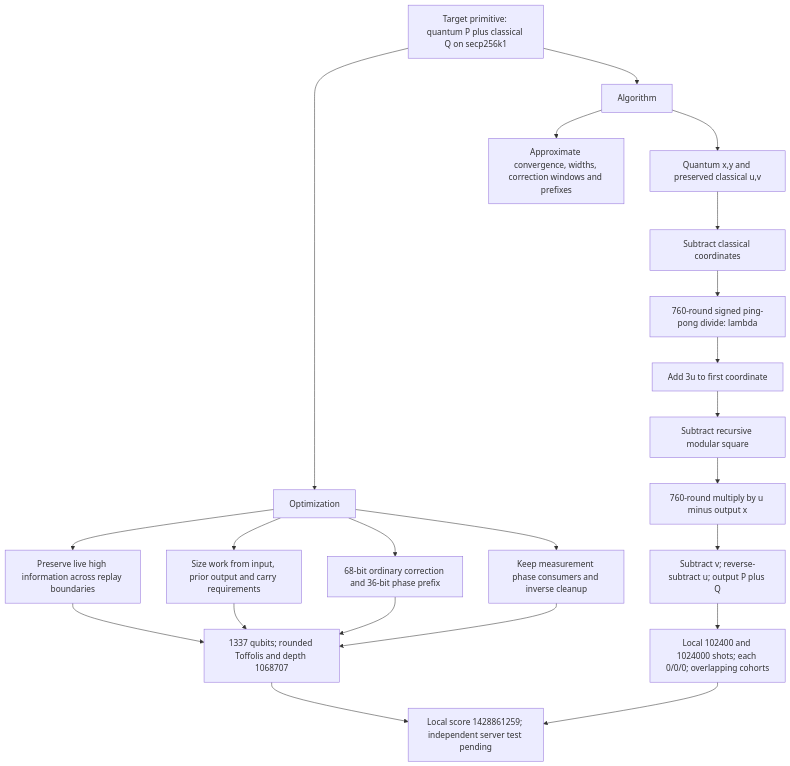
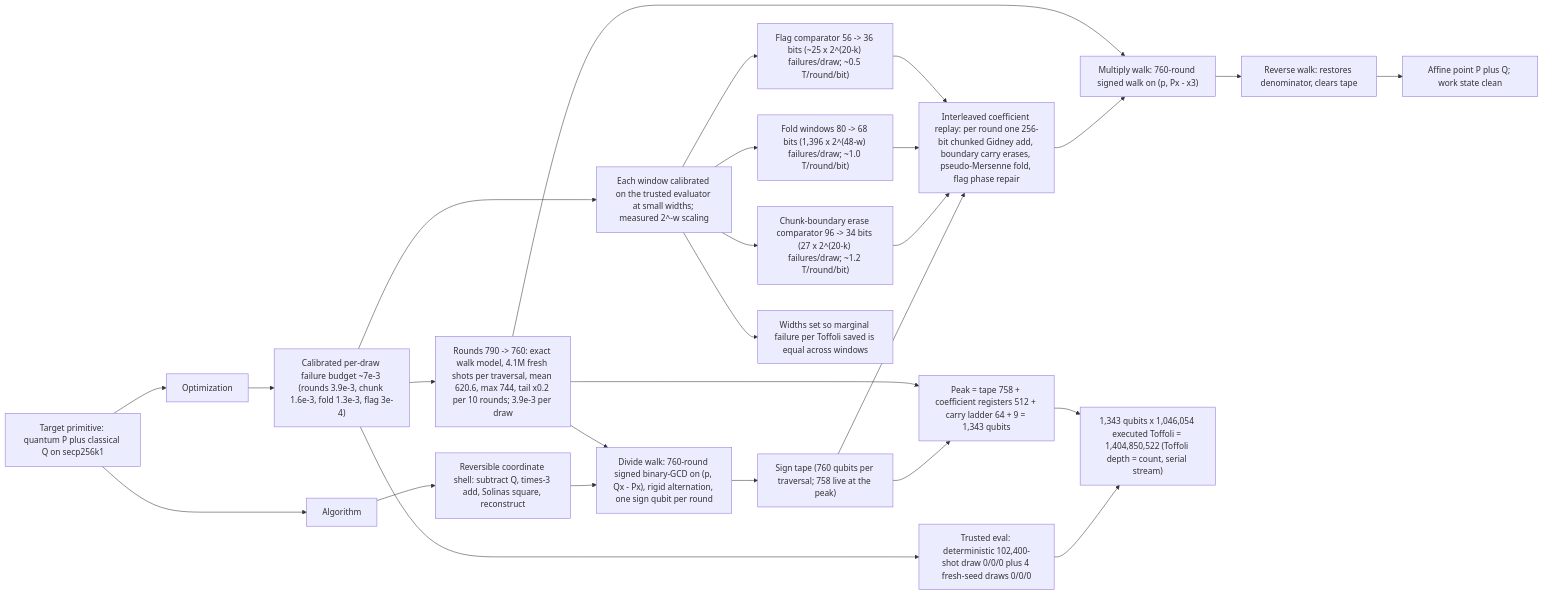
One commit to ecdlp-contest/ecdlp-point-add changed the diagram in src/point_add/architecture.mmd. Above: the diagram before and after it, drawn with Mermaid. The commit also changed 38 other files, not shown here.

Commit message:
Accept point-add-secp256k1-v1 submission sub_mty2u6cv_j0cg6v

```diff
--- a/src/point_add/architecture.mmd
+++ b/src/point_add/architecture.mmd
@@ -1,25 +1,48 @@
-flowchart TD
-  Target["Target primitive: quantum P plus classical Q on secp256k1"]
-  Algorithm["Algorithm"]
-  Optimization["Optimization"]
-  Target --> Algorithm
-  Target --> Optimization
-  Algorithm --> Input["Quantum x,y and preserved classical u,v"]
-  Input --> Difference["Subtract classical coordinates"]
-  Difference --> Divide["760-round signed ping-pong divide: lambda"]
-  Divide --> Shift["Add 3u to first coordinate"]
-  Shift --> Square["Subtract recursive modular square"]
-  Square --> Multiply["760-round multiply by u minus output x"]
-  Multiply --> Output["Subtract v; reverse-subtract u; output P plus Q"]
-  Optimization --> High["Preserve live high information across replay boundaries"]
-  Optimization --> Width["Size work from input, prior output and carry requirements"]
-  Optimization --> Fold["68-bit ordinary correction and 36-bit phase prefix"]
-  Optimization --> Phase["Keep measurement phase consumers and inverse cleanup"]
-  High --> Metrics["1337 qubits; rounded Toffolis and depth 1068707"]
-  Width --> Metrics
-  Fold --> Metrics
-  Phase --> Metrics
-  Output --> Validation["Local 102400 and 1024000 shots; each 0/0/0; overlapping cohorts"]
-  Metrics --> Score["Local score 1428861259; independent server test pending"]
-  Validation --> Score
-  Algorithm --> Limits["Approximate convergence, widths, correction windows and prefixes"]
+flowchart LR
+    ROOT["Target primitive: quantum P plus classical Q on secp256k1"]
+    ALG["Algorithm"]
+    OPT["Optimization"]
+    SHELL["Reversible coordinate shell: subtract Q, times-3 add, Solinas square, reconstruct"]
+    DWALK["Divide walk: 760-round signed binary-GCD on (p, Qx - Px), rigid alternation, one sign qubit per round"]
+    MWALK["Multiply walk: 760-round signed walk on (p, Px - x3)"]
+    TAPE["Sign tape (760 qubits per traversal; 758 live at the peak)"]
+    REPLAY["Interleaved coefficient replay: per round one 256-bit chunked Gidney add, boundary carry erases, pseudo-Mersenne fold, flag phase repair"]
+    WBACK["Reverse walk: restores denominator, clears tape"]
+    OUT["Affine point P plus Q; work state clean"]
+    PEAKQ["Peak = tape 758 + coefficient registers 512 + carry ladder 64 + 9 = 1,343 qubits"]
+    BUDGET["Calibrated per-draw failure budget ~7e-3 (rounds 3.9e-3, chunk 1.6e-3, fold 1.3e-3, flag 3e-4)"]
+    CAL["Each window calibrated on the trusted evaluator at small widths; measured 2^-w scaling"]
+    K1["Chunk-boundary erase comparator 96 -> 34 bits (27 x 2^(20-k) failures/draw; ~1.2 T/round/bit)"]
+    K2["Fold windows 80 -> 68 bits (1,396 x 2^(48-w) failures/draw; ~1.0 T/round/bit)"]
+    K3["Flag comparator 56 -> 36 bits (~25 x 2^(20-k) failures/draw; ~0.5 T/round/bit)"]
+    ROUNDS["Rounds 790 -> 760: exact walk model, 4.1M fresh shots per traversal, mean 620.6, max 744, tail x0.2 per 10 rounds; 3.9e-3 per draw"]
+    ALLOC["Widths set so marginal failure per Toffoli saved is equal across windows"]
+    EVAL["Trusted eval: deterministic 102,400-shot draw 0/0/0 plus 4 fresh-seed draws 0/0/0"]
+    METRICS["1,343 qubits x 1,046,054 executed Toffoli = 1,404,850,522 (Toffoli depth = count, serial stream)"]
+
+    ROOT --> ALG
+    ROOT --> OPT
+    ALG --> SHELL
+    SHELL --> DWALK
+    DWALK --> TAPE
+    TAPE --> REPLAY
+    REPLAY --> MWALK
+    MWALK --> WBACK
+    WBACK --> OUT
+    TAPE --> PEAKQ
+    OPT --> BUDGET
+    BUDGET --> CAL
+    CAL --> K1
+    CAL --> K2
+    CAL --> K3
+    BUDGET --> ROUNDS
+    CAL --> ALLOC
+    K1 --> REPLAY
+    K2 --> REPLAY
+    K3 --> REPLAY
+    ROUNDS --> DWALK
+    ROUNDS --> MWALK
+    ROUNDS --> PEAKQ
+    BUDGET --> EVAL
+    EVAL --> METRICS
+    PEAKQ --> METRICS
```
